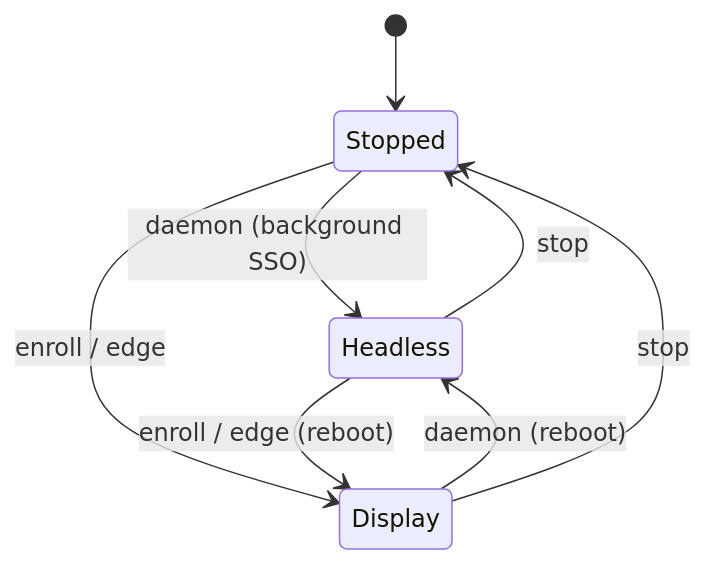
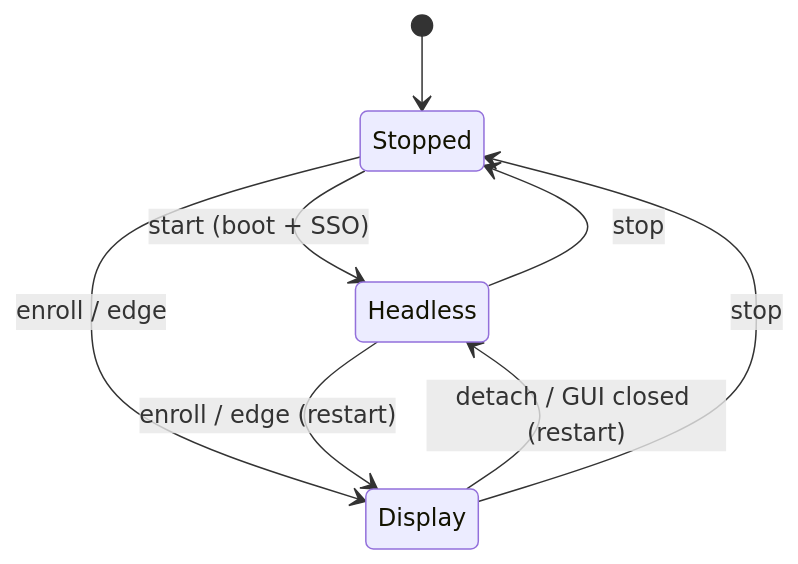
The fourth of 4 diagrams in docs/architecture.md (magicabdel/intune-container), drawn with Mermaid before and after one commit. The commit also changed other lines of this file and 25 other files, not shown here.

````diff
--- a/docs/architecture.md
+++ b/docs/architecture.md
@@ -93,10 +104,10 @@
 ```mermaid
 stateDiagram-v2
     [*] --> Stopped
-    Stopped --> Headless: daemon (background SSO)
+    Stopped --> Headless: start (boot + SSO)
     Stopped --> Display: enroll / edge
-    Headless --> Display: enroll / edge (reboot)
-    Display --> Headless: daemon (reboot)
+    Headless --> Display: enroll / edge (restart)
+    Display --> Headless: detach / GUI closed (restart)
     Display --> Stopped: stop
     Headless --> Stopped: stop
 ```
````
